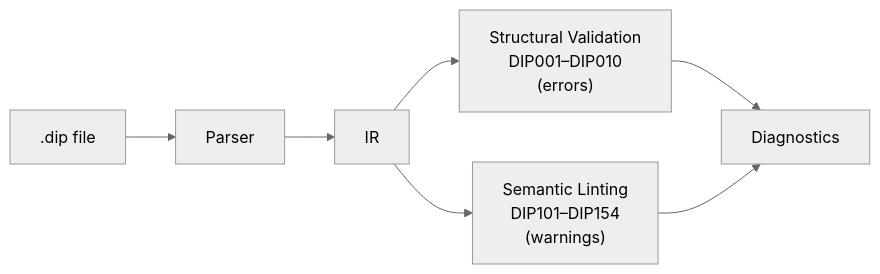
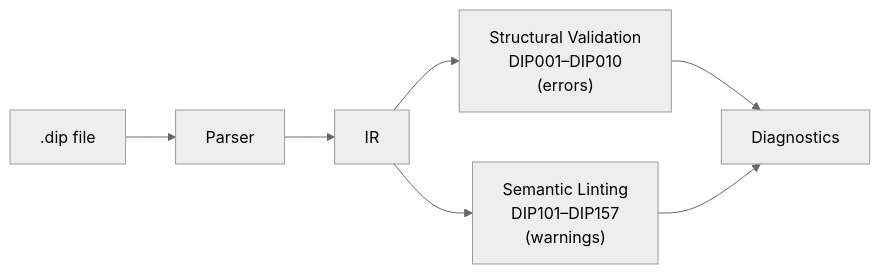
One commit to 2389-research/dippin-lang changed the diagram in docs/validation.md. Above: the diagram before and after it, drawn with Mermaid (neutral theme). The commit also changed other lines of this file and 21 other files, not shown here.

````diff
--- a/docs/validation.md
+++ b/docs/validation.md
@@ -10,9 +10,9 @@
 ```mermaid
 graph LR
     SRC[".dip file"] --> PARSE["Parser"]
     PARSE --> IR["IR"]
     IR --> VAL["Structural Validation<br>DIP001–DIP010<br>(errors)"]
-    IR --> LINT["Semantic Linting<br>DIP101–DIP154<br>(warnings)"]
+    IR --> LINT["Semantic Linting<br>DIP101–DIP157<br>(warnings)"]
     VAL --> DIAG["Diagnostics"]
     LINT --> DIAG
 ```
````
